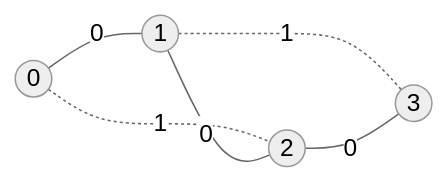
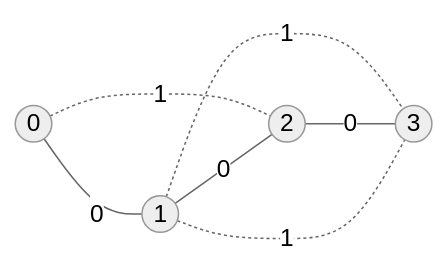
Before and after one commit to aacfox/RMST: the diagram in docs/CONTRIBUTING.md, drawn with Mermaid (neutral theme). The commit also changed other lines of this file, not shown here.

````diff
--- a/docs/CONTRIBUTING.md
+++ b/docs/CONTRIBUTING.md
@@ -23,9 +23,10 @@
 ```mermaid
 graph LR
   0((0)); 1((1)); 2((2)); 3((3))
   0-- 0 ---1
   0-. 1 ..-2
   1-- 0 ---2
   1-. 1 ..-3
   2-- 0 ---3
+  1-. 1 ..-3
 ```
````
